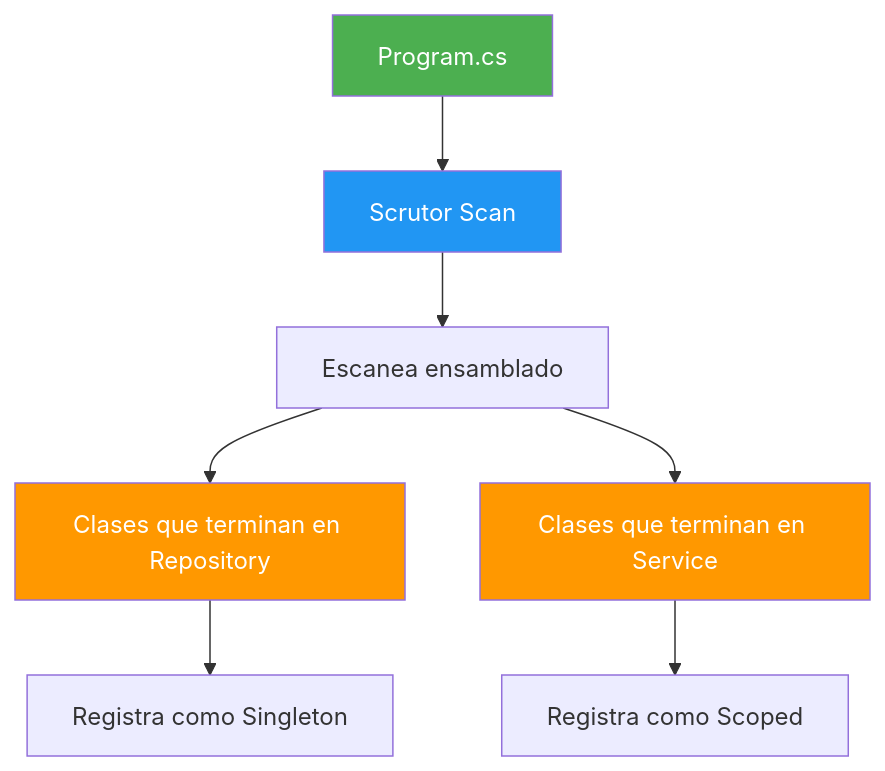
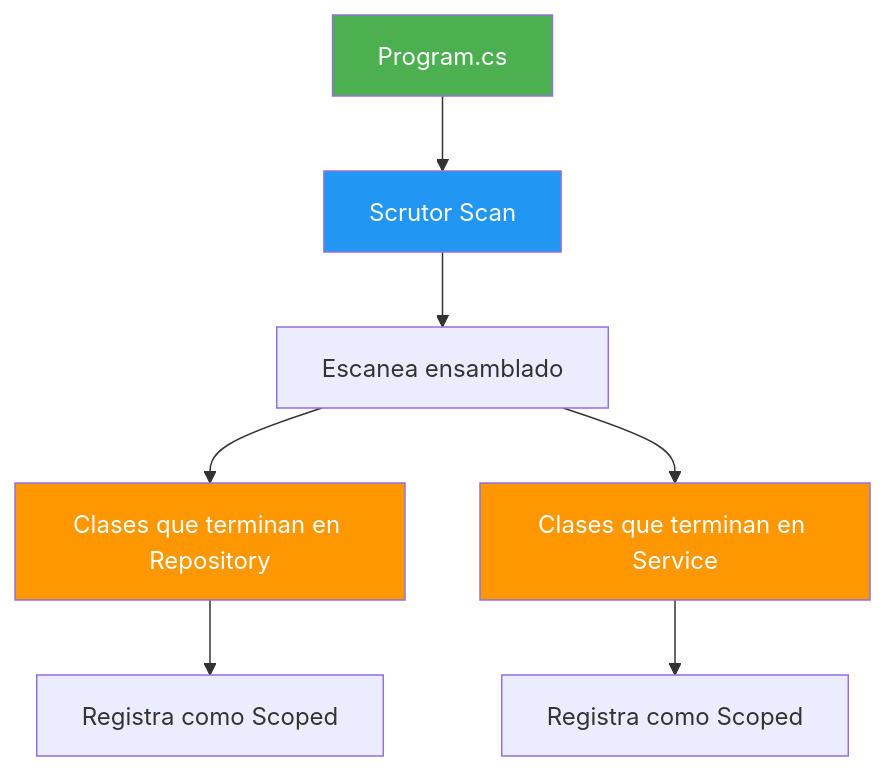
The third of 5 diagrams in 06-inyeccion-dependencias.md (joseluisgs/DesarrolloWebEntornosServidor-02-2026-2027), drawn with Mermaid before and after one commit. The commit also changed other lines of this file and 33 other files, not shown here.

````diff
--- a/06-inyeccion-dependencias.md
+++ b/06-inyeccion-dependencias.md
@@ -454,14 +459,14 @@
 ```mermaid
 flowchart TD
     Program["Program.cs"] --> Scan["Scrutor Scan"]
     Scan --> Scan1["Escanea ensamblado"]
     Scan1 --> Match1["Clases que terminan en Repository"]
     Scan1 --> Match2["Clases que terminan en Service"]
-    Match1 --> Reg1["Registra como Singleton"]
+    Match1 --> Reg1["Registra como Scoped"]
     Match2 --> Reg2["Registra como Scoped"]
 
     style Program fill:#4CAF50,color:#fff
     style Scan fill:#2196F3,color:#fff
     style Match1 fill:#FF9800,color:#fff
     style Match2 fill:#FF9800,color:#fff
 ```
````
